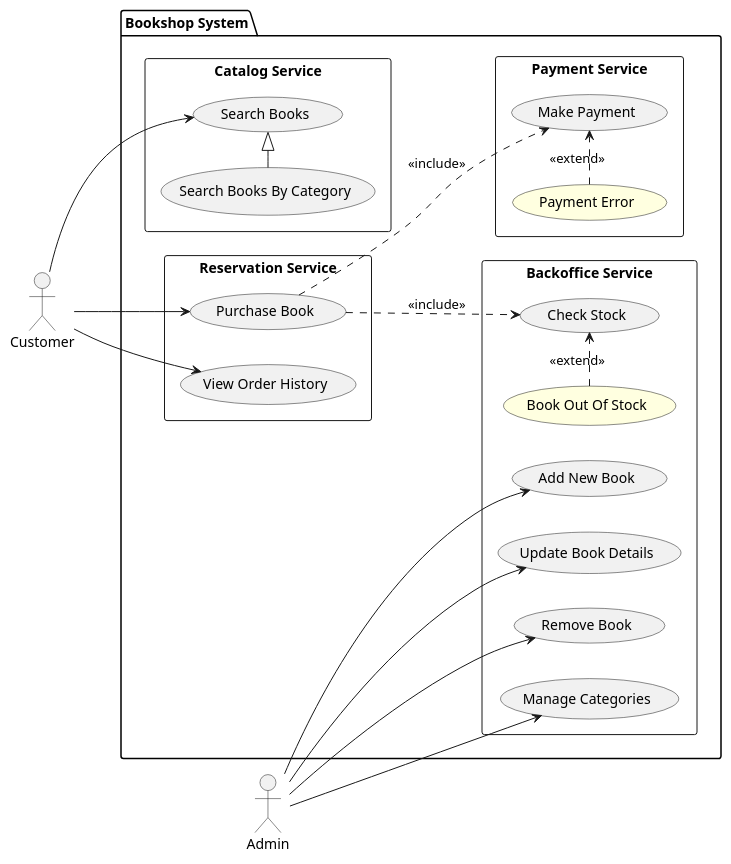
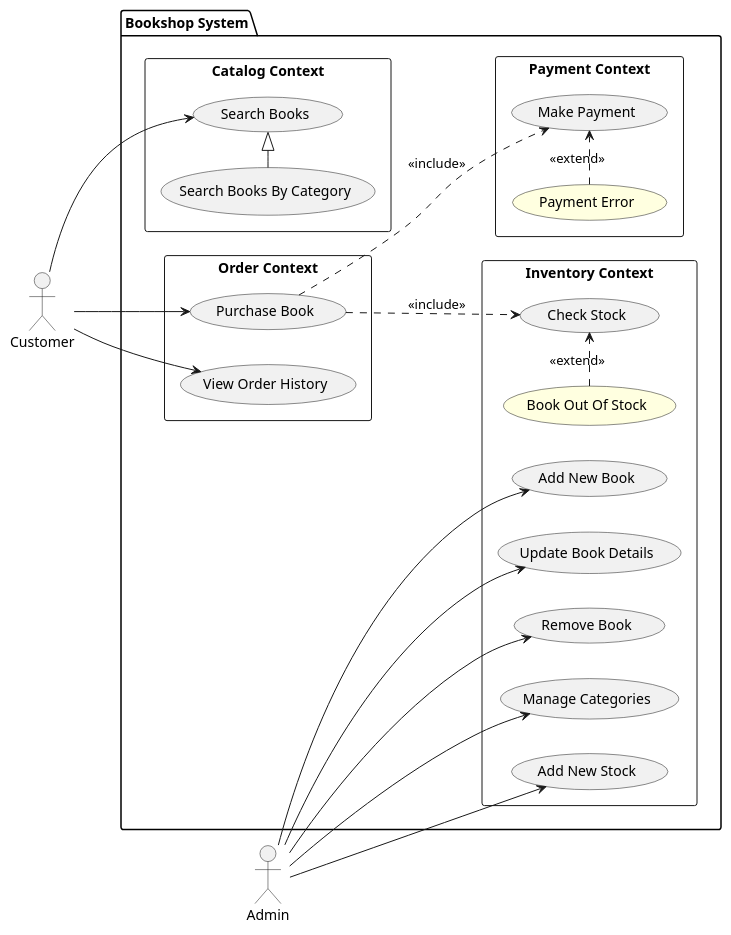
One commit to mikelgoig/php-microservice-example changed the diagram in docs/architecture/use-case-diagrams/overview.puml. Above: the diagram before and after it, drawn with PlantUML. The commit also changed 12 other files, not shown here.

Commit message:
docs: update bounded contexts and use case diagrams

```diff
--- a/docs/architecture/use-case-diagrams/overview.puml
+++ b/docs/architecture/use-case-diagrams/overview.puml
@@ -1,46 +1,49 @@
 @startuml overview
 left to right direction
 
 actor Customer
 actor Admin
 
 package "Bookshop System" {
-    rectangle "Backoffice Service" {
+    rectangle "Inventory Context" {
         usecase "Add New Book"
         usecase "Update Book Details"
         usecase "Remove Book"
         usecase "Manage Categories"
+        usecase "Add New Stock"
         usecase "Check Stock"
         usecase "Book Out Of Stock" #lightyellow
         "Book Out Of Stock" .right.> "Check Stock" : <<extend>>
     }
-    rectangle "Catalog Service" {
+
+    rectangle "Catalog Context" {
         usecase "Search Books"
         usecase "Search Books By Category"
         "Search Books By Category" -right-|> "Search Books"
     }
 
-    rectangle "Reservation Service" {
+    rectangle "Order Context" {
         usecase "Purchase Book"
         usecase "View Order History"
     }
 
-    rectangle "Payment Service" {
+    rectangle "Payment Context" {
         usecase "Make Payment"
         usecase "Payment Error" #lightyellow
         "Payment Error" .right.> "Make Payment" : <<extend>>
     }
 }
 
 Admin --> "Add New Book"
 Admin --> "Update Book Details"
 Admin --> "Remove Book"
+Admin --> "Add New Stock"
 Admin --> "Manage Categories"
 
 Customer --> "Search Books"
 
 Customer --> "Purchase Book"
 "Purchase Book" ..> "Check Stock" : <<include>>
 "Purchase Book" ..> "Make Payment" : <<include>>
 Customer --> "View Order History"
 @enduml
```
